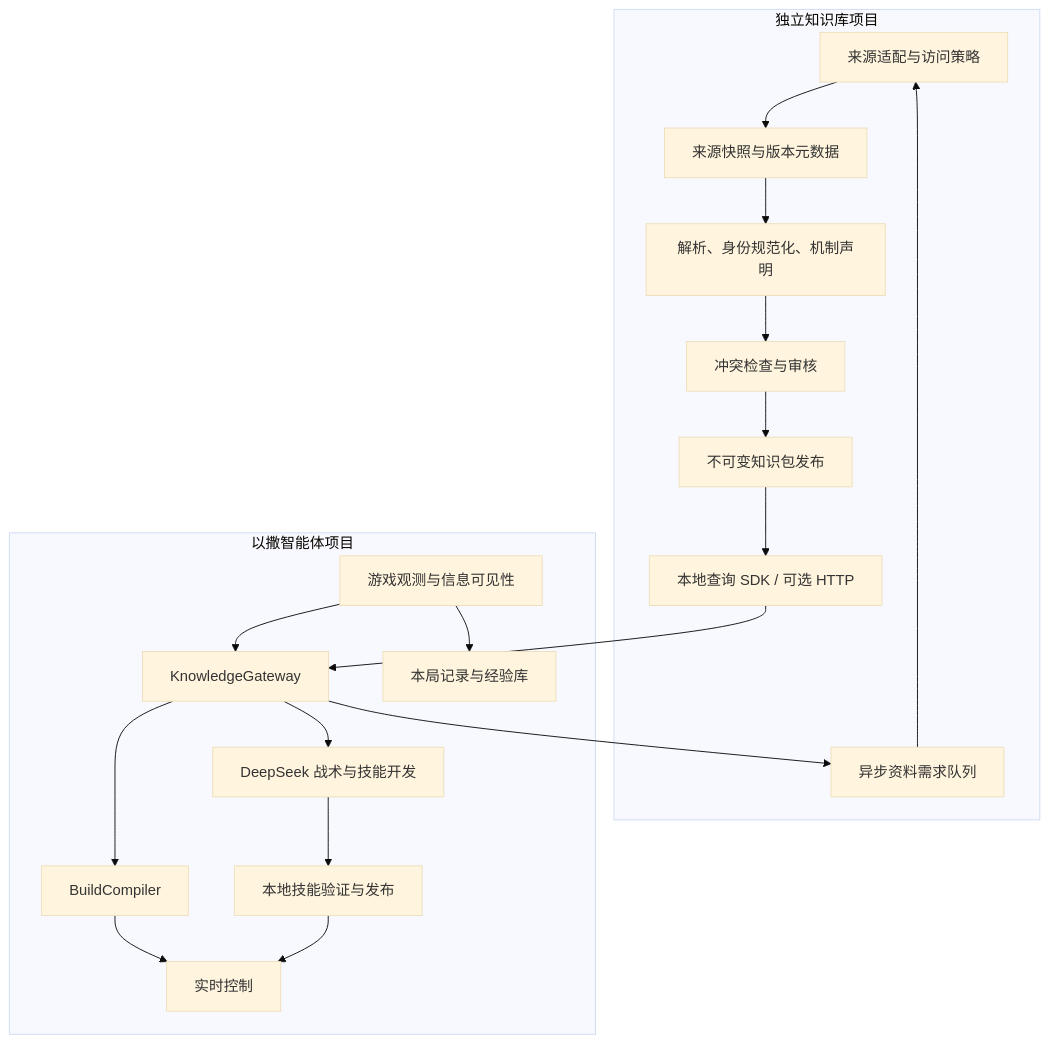
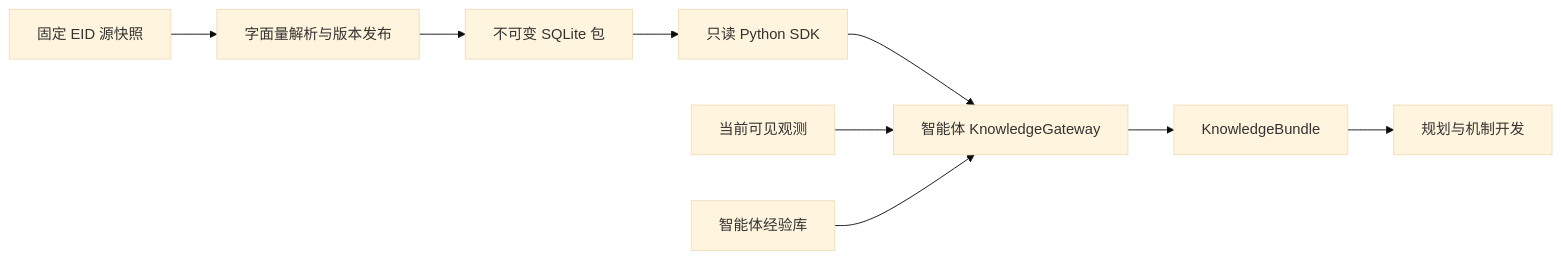
One commit to caeluswu/ai-issac changed the diagram in docs/knowledge-project-interface-plan.zh-CN.md. Above: the diagram before and after it, drawn with Mermaid (base theme). The commit also changed other lines of this file and 24 other files, not shown here.

Commit message:
docs: consolidate architecture and plan first-floor delivery

````diff
--- a/docs/knowledge-project-interface-plan.zh-CN.md
+++ b/docs/knowledge-project-interface-plan.zh-CN.md
@@ -19,22 +7,11 @@
 ```mermaid
-flowchart TB
-  subgraph KB[独立知识库项目]
-    A[来源适配与访问策略] --> B[来源快照与版本元数据]
-    B --> C[解析、身份规范化、机制声明]
-    C --> D[冲突检查与审核]
-    D --> E[不可变知识包发布]
-    E --> F[本地查询 SDK / 可选 HTTP]
-    J[异步资料需求队列] --> A
-  end
-  subgraph Agent[以撒智能体项目]
-    O[游戏观测与信息可见性] --> K[KnowledgeGateway]
-    K --> P[DeepSeek 战术与技能开发]
-    K --> BC[BuildCompiler]
-    P --> V[本地技能验证与发布]
-    BC --> RT[实时控制]
-    V --> RT
-    O --> L[本局记录与经验库]
-  end
-  F --> K
-  K --> J
+flowchart LR
+  S[固定 EID 源快照] --> P[字面量解析与版本发布]
+  P --> D[不可变 SQLite 包]
+  D --> K[只读 Python SDK]
+  K --> G[智能体 KnowledgeGateway]
+  O[当前可见观测] --> G
+  E[智能体经验库] --> G
+  G --> B[KnowledgeBundle]
+  B --> L[规划与机制开发]
 ```
````
